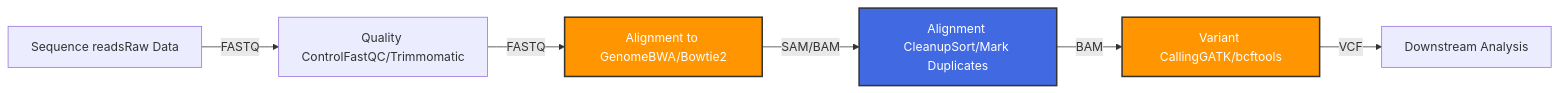
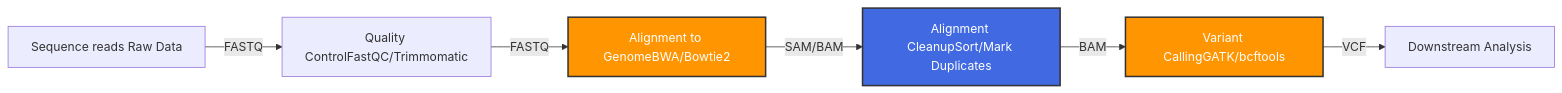
Before and after one commit to ColonnaLab/LongReadSeqDataAnalysis: the second of 3 diagrams in lessons/day2-shortread-1.md, drawn with Mermaid. The commit also changed other lines of this file, not shown here.

`````diff
--- a/lessons/day2-shortread-1.md
+++ b/lessons/day2-shortread-1.md
@@ -20,12 +20,12 @@
 ````mermaid
 graph LR
-    A[Sequence readsRaw Data] -->|FASTQ| B[Quality ControlFastQC/Trimmomatic]
+    A[Sequence reads Raw Data] -->|FASTQ| B[Quality ControlFastQC/Trimmomatic]
     B -->|FASTQ| C[Alignment to GenomeBWA/Bowtie2]
     C -->|SAM/BAM| D[Alignment CleanupSort/Mark Duplicates]
     D -->|BAM| E[Variant CallingGATK/bcftools]
     E -->|VCF| F[Downstream Analysis]
     
     style C fill:#ff9500,stroke:#333,stroke-width:2px,color:#fff
     style D fill:#4169e1,stroke:#333,stroke-width:2px,color:#fff
     style E fill:#ff9500,stroke:#333,stroke-width:2px,color:#fff
 ````
`````
